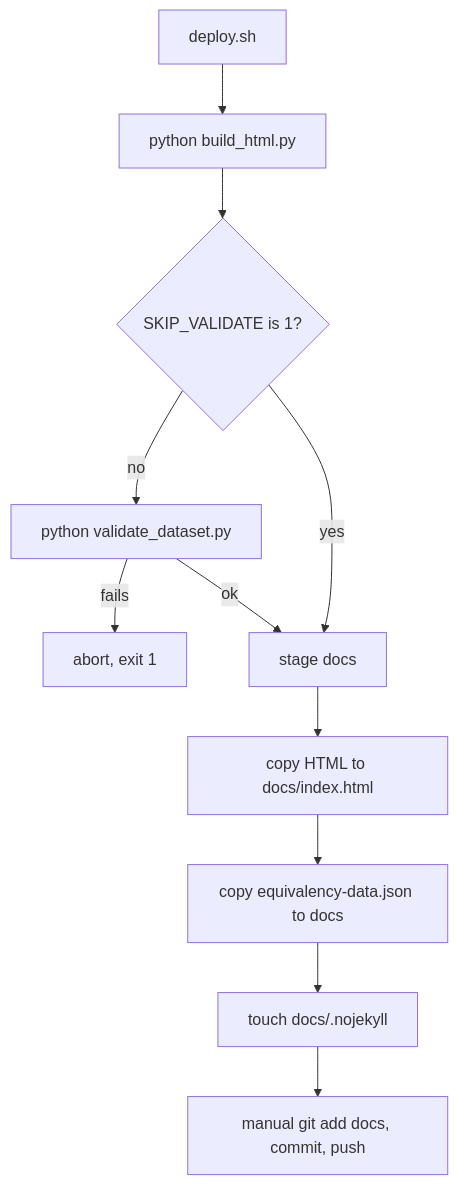
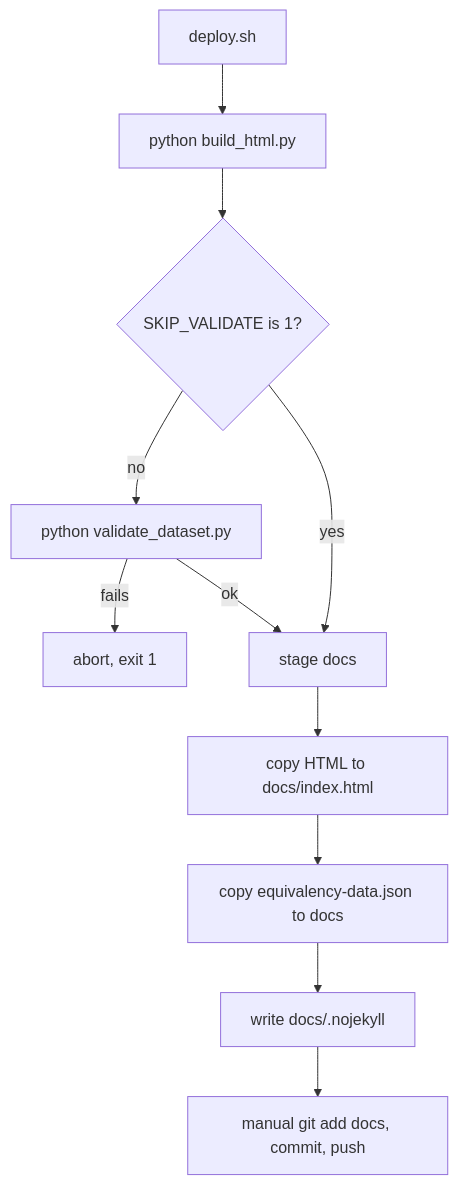
Before and after one commit to psd401/ctc-psd-equivalency: the diagram in openwiki/operations/validation-and-deploy.md, drawn with Mermaid. The commit also changed other lines of this file and 6 other files, not shown here.

````diff
--- a/openwiki/operations/validation-and-deploy.md
+++ b/openwiki/operations/validation-and-deploy.md
@@ -45,13 +45,13 @@
 ```mermaid
 flowchart TD
   A["deploy.sh"] --> B["python build_html.py"]
   B --> C{"SKIP_VALIDATE is 1?"}
   C -- no --> D["python validate_dataset.py"]
   D -- fails --> X["abort, exit 1"]
   D -- ok --> E["stage docs"]
   C -- yes --> E
   E --> F["copy HTML to docs/index.html"]
   F --> G["copy equivalency-data.json to docs"]
-  G --> H["touch docs/.nojekyll"]
+  G --> H["write docs/.nojekyll"]
   H --> I["manual git add docs, commit, push"]
 ```
````
